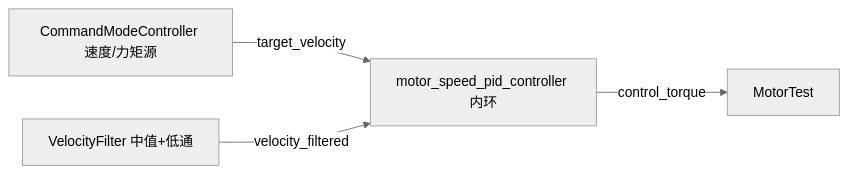
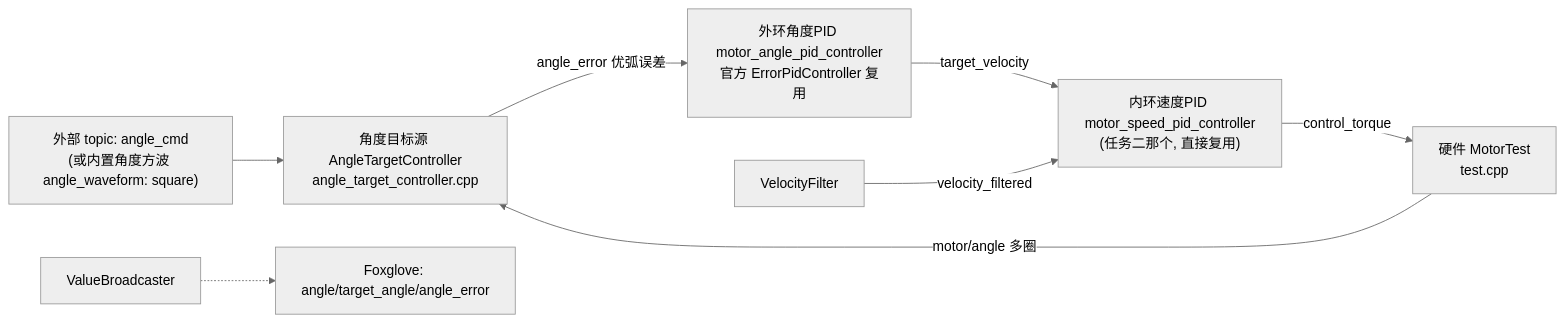
One commit to gebilaowuxiaoyu123/alliance_homework2 changed the fifth of 5 diagrams in docs/zh-cn/firing_mechanism_chain.md. Above: the diagram before and after it, drawn with Mermaid (neutral theme). The commit also changed other lines of this file and 2 other files, not shown here.

First line of the commit message:
docs: 完善任务二/任务三教程 — Foxglove接口速查/工程文件链路/开发思路/yaml模式切换大全 + 实测截图

````diff
--- a/docs/zh-cn/firing_mechanism_chain.md
+++ b/docs/zh-cn/firing_mechanism_chain.md
@@ -425,6 +426,10 @@
 ```mermaid
 flowchart LR
-    CM["CommandModeController 速度/力矩源"] -->|target_velocity| INNER["motor_speed_pid_controller 内环"]
-    F["VelocityFilter 中值+低通"] -->|velocity_filtered| INNER
-    INNER -->|control_torque| HW["MotorTest"]
+    PUB["外部 topic: angle_cmd<br/>(或内置角度方波 angle_waveform: square)"] --> AT["角度目标源 AngleTargetController<br/>angle_target_controller.cpp"]
+    HW["硬件 MotorTest<br/>test.cpp"] -->|motor/angle 多圈| AT
+    AT -->|angle_error 优弧误差| OUTER["外环角度PID motor_angle_pid_controller<br/>官方 ErrorPidController 复用"]
+    OUTER -->|target_velocity| INNER["内环速度PID motor_speed_pid_controller<br/>(任务二那个, 直接复用)"]
+    INNER -->|control_torque| HW
+    VF["VelocityFilter"] -->|velocity_filtered| INNER
+    VB["ValueBroadcaster"] -.-> Fx["Foxglove: angle/target_angle/angle_error"]
 ```
````
